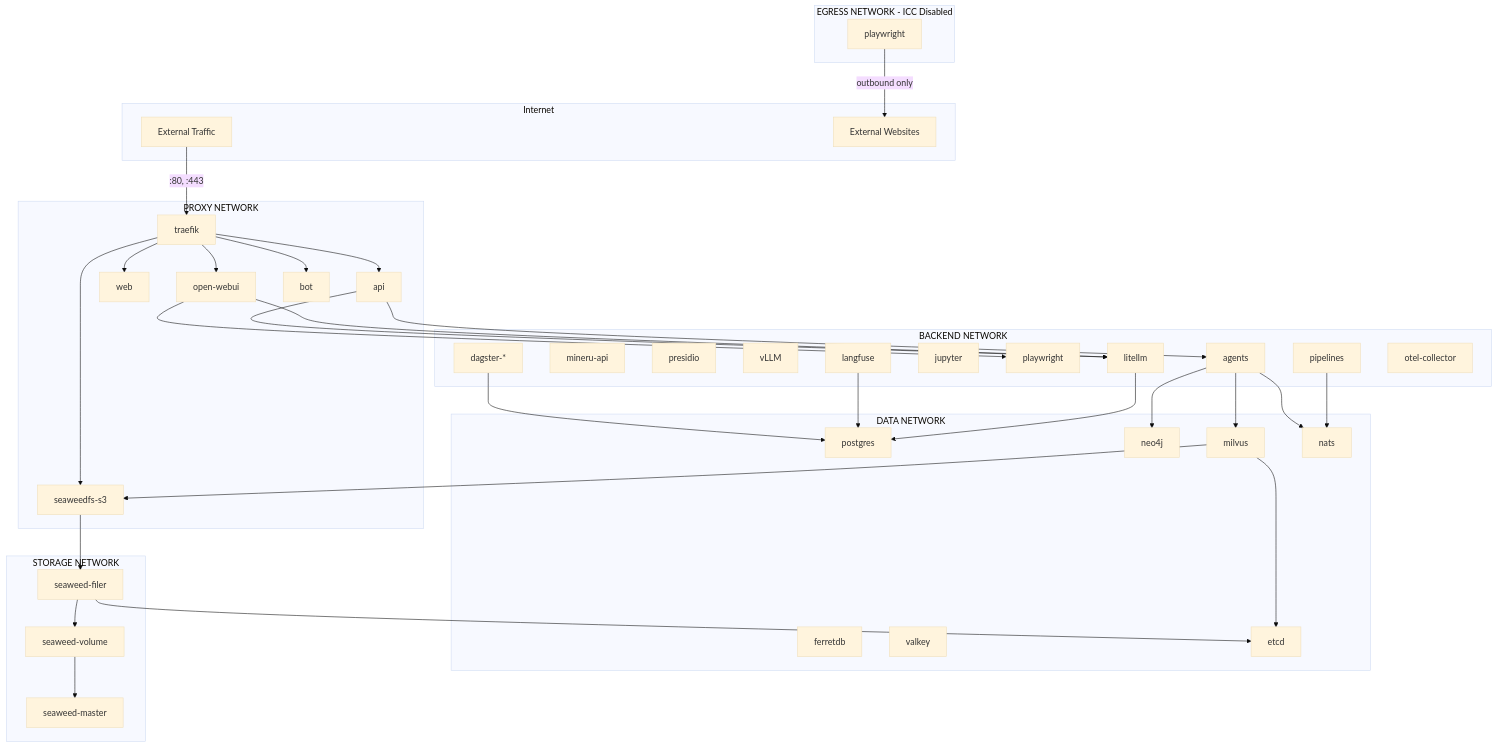
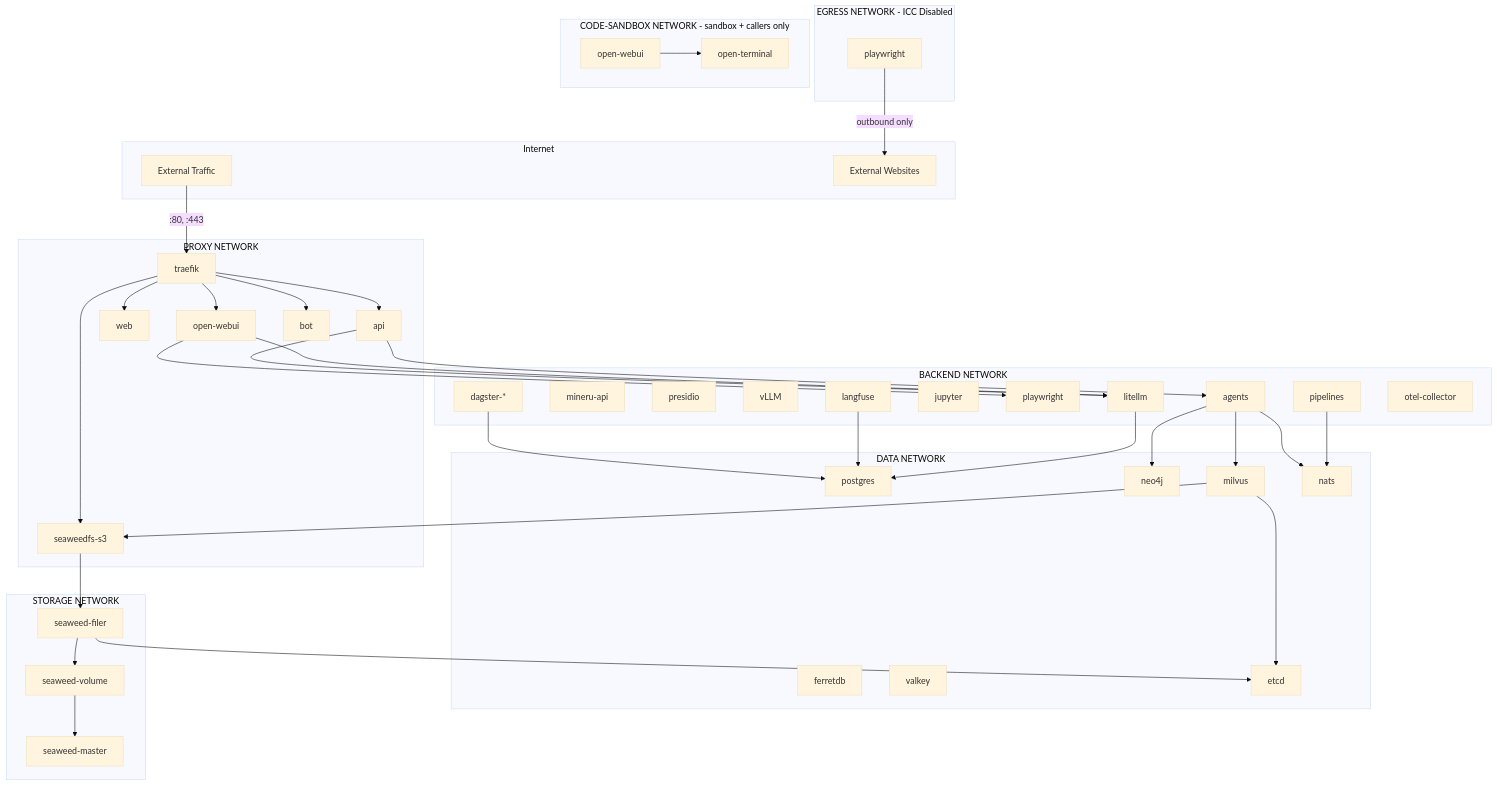
Before and after one commit to bbvch-ai/aihub-core: the diagram in docs/docs/2_platform/2_architecture/4_network_isolation/index.en.md, drawn with Mermaid (base theme). The commit also changed other lines of this file and 47 other files, not shown here.

Commit message:
feat(deploy): Switch OpenWebUI code execution from Jupyter to Open Terminal (#1524)

```diff
--- a/docs/docs/2_platform/2_architecture/4_network_isolation/index.en.md
+++ b/docs/docs/2_platform/2_architecture/4_network_isolation/index.en.md
@@ -127,6 +148,11 @@
         playwright_egress[playwright]
     end
 
+    subgraph code-sandbox[CODE-SANDBOX NETWORK - sandbox + callers only]
+        open-terminal[open-terminal]
+        openwebui_cs[open-webui]
+    end
+
     subgraph data[DATA NETWORK]
         postgres[postgres]
         ferretdb[ferretdb]
@@ -153,6 +179,7 @@
     api --> litellm
     api --> agents
     openwebui --> litellm
+    openwebui_cs --> open-terminal
     openwebui --> playwright
     agents --> nats
     agents --> milvus
```
